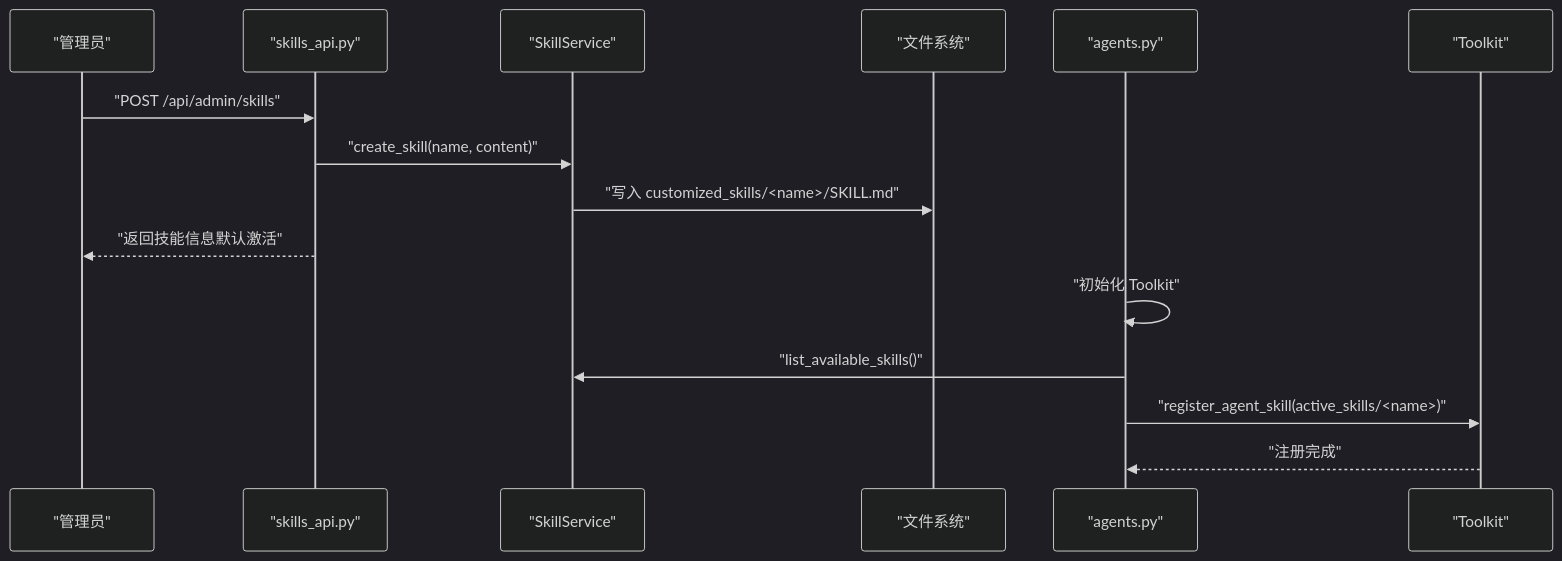
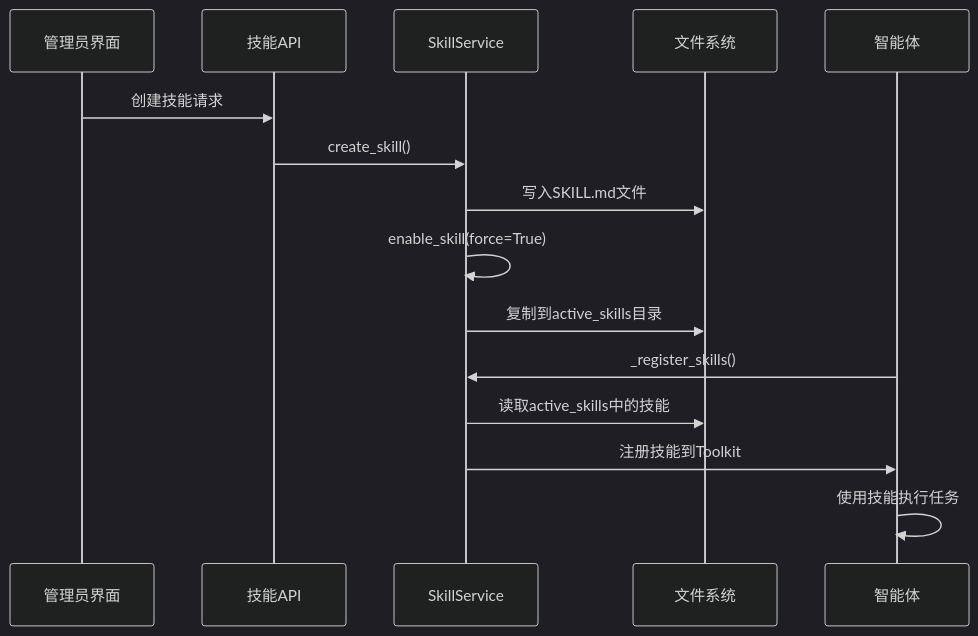
The second of 6 diagrams in .qoder/repowiki/zh/content/AI智能体系统/技能系统.md (KunLabAI/KunFlix), drawn with Mermaid (dark theme) before and after one commit. The commit also changed other lines of this file and 13 other files, not shown here.

````diff
--- a/.qoder/repowiki/zh/content/AI智能体系统/技能系统.md
+++ b/.qoder/repowiki/zh/content/AI智能体系统/技能系统.md
@@ -140,17 +104,17 @@
 ```mermaid
 sequenceDiagram
-participant Admin as "管理员"
-participant API as "skills_api.py"
-participant Svc as "SkillService"
-participant FS as "文件系统"
-participant Agent as "agents.py"
-participant TK as "Toolkit"
-Admin->>API : "POST /api/admin/skills"
-API->>Svc : "create_skill(name, content)"
-Svc->>FS : "写入 customized_skills/<name>/SKILL.md"
-API-->>Admin : "返回技能信息默认激活"
-Agent->>Agent : "初始化 Toolkit"
-Agent->>Svc : "list_available_skills()"
-Agent->>TK : "register_agent_skill(active_skills/<name>)"
-TK-->>Agent : "注册完成"
+participant Admin as 管理员界面
+participant API as 技能API
+participant Service as SkillService
+participant FS as 文件系统
+participant Agent as 智能体
+Admin->>API : 创建技能请求
+API->>Service : create_skill()
+Service->>FS : 写入SKILL.md文件
+Service->>Service : enable_skill(force=True)
+Service->>FS : 复制到active_skills目录
+Agent->>Service : _register_skills()
+Service->>FS : 读取active_skills中的技能
+Service->>Agent : 注册技能到Toolkit
+Agent->>Agent : 使用技能执行任务
 ```
````
